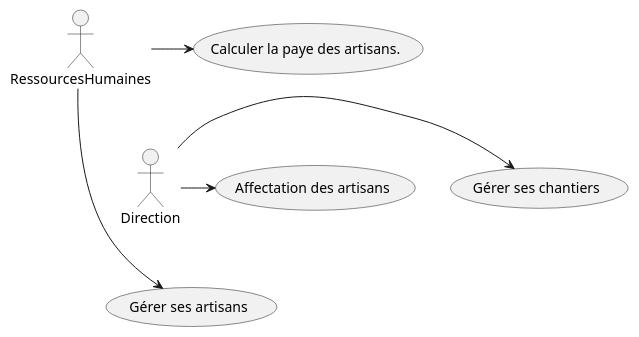
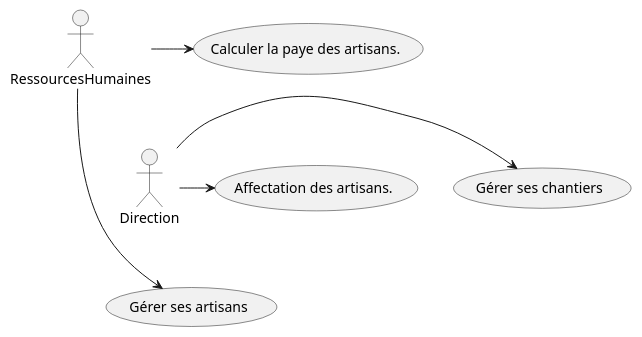
Before and after one commit to IUT-Blagnac/r2-01-conception-td5-Falsimane: the diagram in uc.plantuml, drawn with PlantUML.

```diff
--- a/uc.plantuml
+++ b/uc.plantuml
@@ -1,21 +1,21 @@
 @startuml UC
 
 usecase c as "Gérer ses chantiers"
 usecase g as "Gérer ses artisans"
-usecase a as "Affectation des artisans"
+usecase a as "Affectation des artisans."
 usecase p as "Calculer la paye des artisans."
 
 actor Direction
 actor RessourcesHumaines
 
 'Pour aligner les 2 acteurs :
 a -[hidden]-> g
 p -[hidden]-> a
 
 Direction -> c
 Direction -> a
 
 RessourcesHumaines -> p
 RessourcesHumaines -> g
 
 @enduml
```
